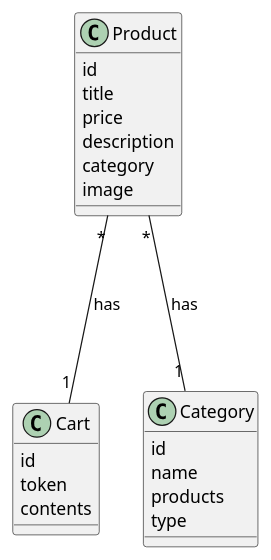
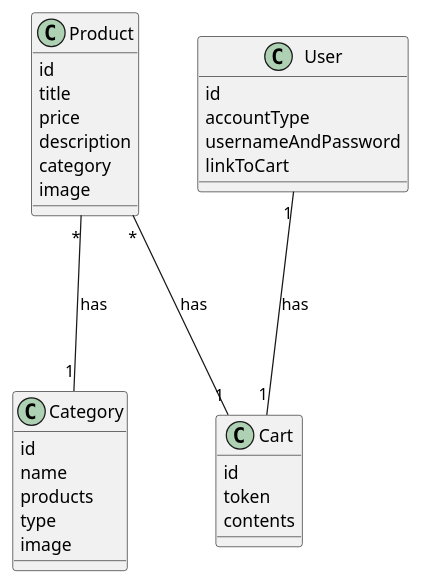
The diagram in docs/classes.puml (LForchini/Multiverse-Web-Store), drawn with PlantUML before and after one commit.

```diff
--- a/docs/classes.puml
+++ b/docs/classes.puml
@@ -1,29 +1,40 @@
 @startuml
 
 class Product {
   id
   title
   price
   description
   category
   image
 }
 
 class Cart {
   id
   token
   contents
 }
 
+class User {
+  id
+  accountType
+  usernameAndPassword
+  linkToCart
+  }
+
 class Category {
   id
   name
   products
   type
+  image
+  
 }
 
 Product "*" --- "1" Cart : "has"
 
 Product "*" --- "1" Category : "has"
 
+User "1" --- "1" Cart : "has"
+
 @enduml
```
